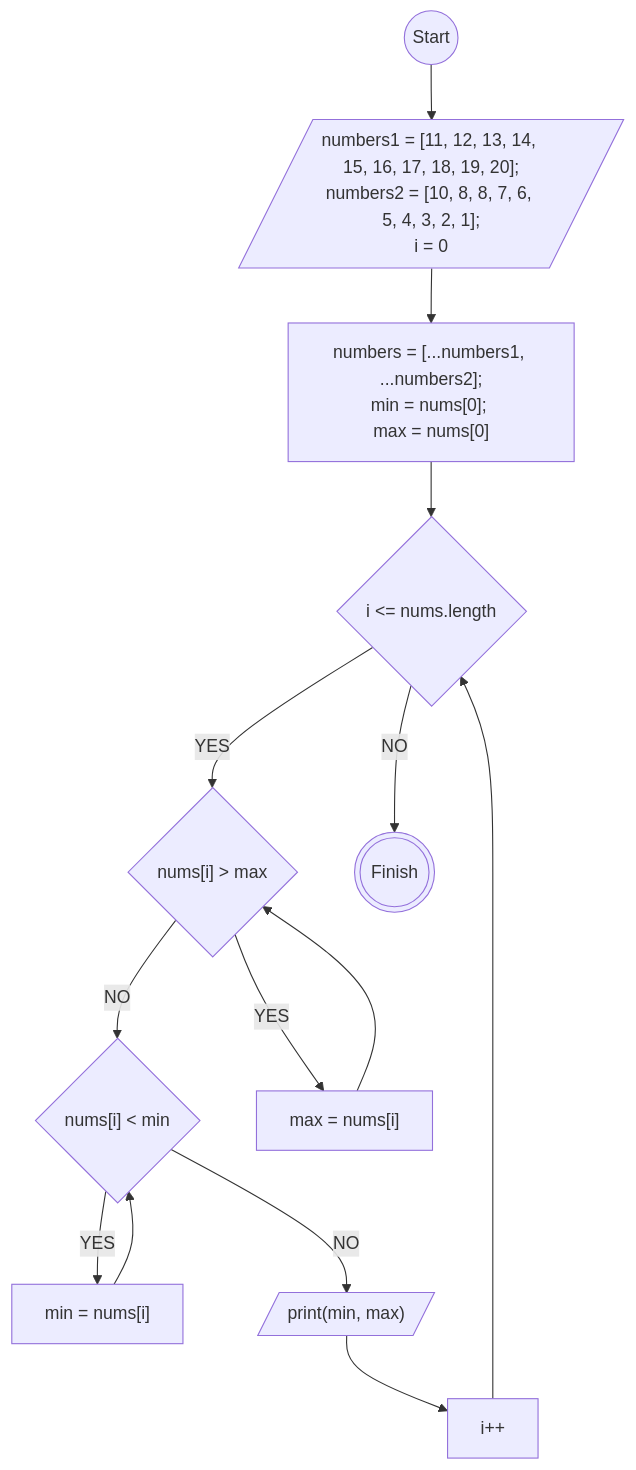
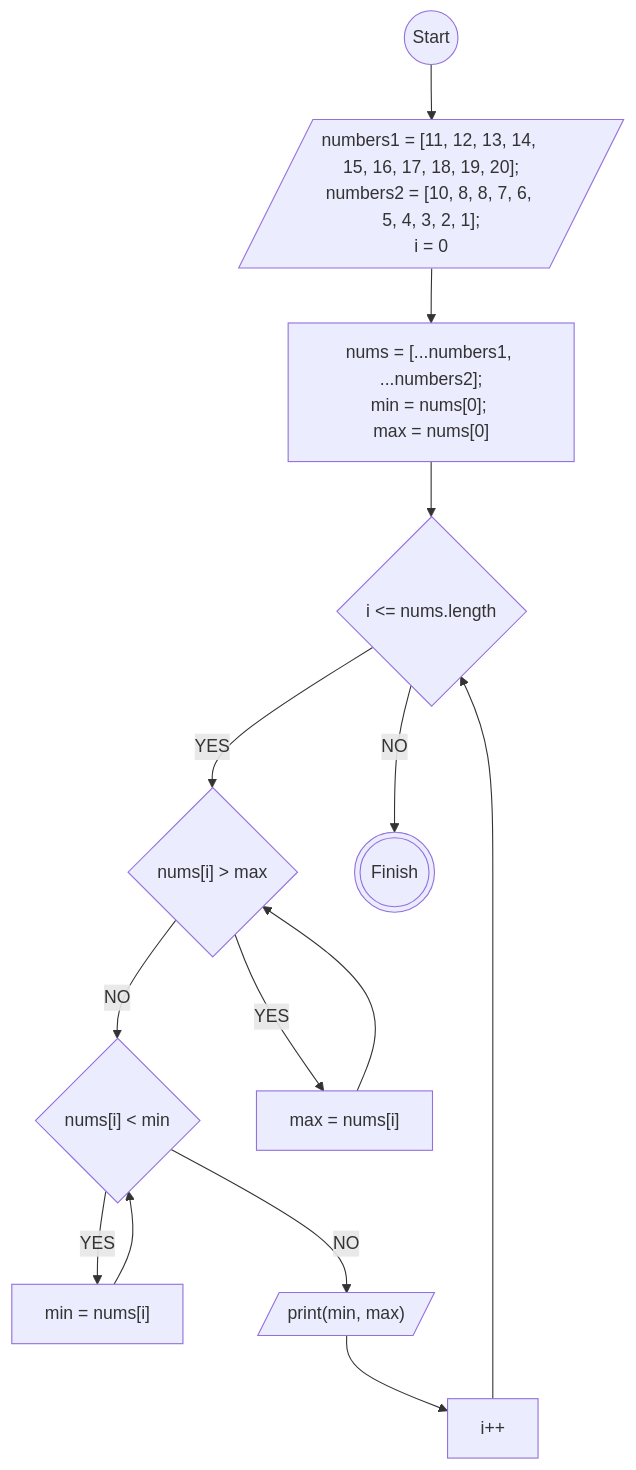
One commit to icangku/koda-b1-javascript2 changed the diagram in koda-b1-javascript2.md. Above: the diagram before and after it, drawn with Mermaid.

Commit message:
fix: change numbers to nums

````diff
--- a/koda-b1-javascript2.md
+++ b/koda-b1-javascript2.md
@@ -7,28 +7,28 @@
 ```mermaid
 flowchart TD
 
 A@{shape: circle, label: 'Start'}
 B@{shape: lean-r, label: 'numbers1 = [11, 12, 13, 14, 15, 16, 17, 18, 19, 20];<br>numbers2 = [10, 8, 8, 7, 6, 5, 4, 3, 2, 1];<br>i = 0'}
-C@{shape: rectangle, label: 'numbers = [...numbers1, ...numbers2];<br>min = nums[0]; <br>max = nums[0]'}
+C@{shape: rectangle, label: 'nums = [...numbers1, ...numbers2];<br>min = nums[0]; <br>max = nums[0]'}
 D@{shape: diamond, label: 'i <= nums.length'}
 E@{shape: diamond, label: 'nums[i] > max'}
 F@{shape: diamond, label: 'nums[i] < min'}
 G@{shape: rectangle, label: 'min = nums[i]'}
 H@{shape: rectangle, label: 'max = nums[i]'}
 I@{shape: lean-r, label: 'print(min, max)'}
 Y@{shape: rectangle, label: 'i++'}
 Z@{shape: dbl-circ, label: 'Finish'}
 
 A-->B-->C-->D
 D-->|YES|E
 D-->|NO|Z
 E-->|YES|H
 H-->E
 E-->|NO|F
 F-->|YES|G
 G-->F
 F-->|NO|I
 I-->Y
 Y-->D
 
 ```
````
